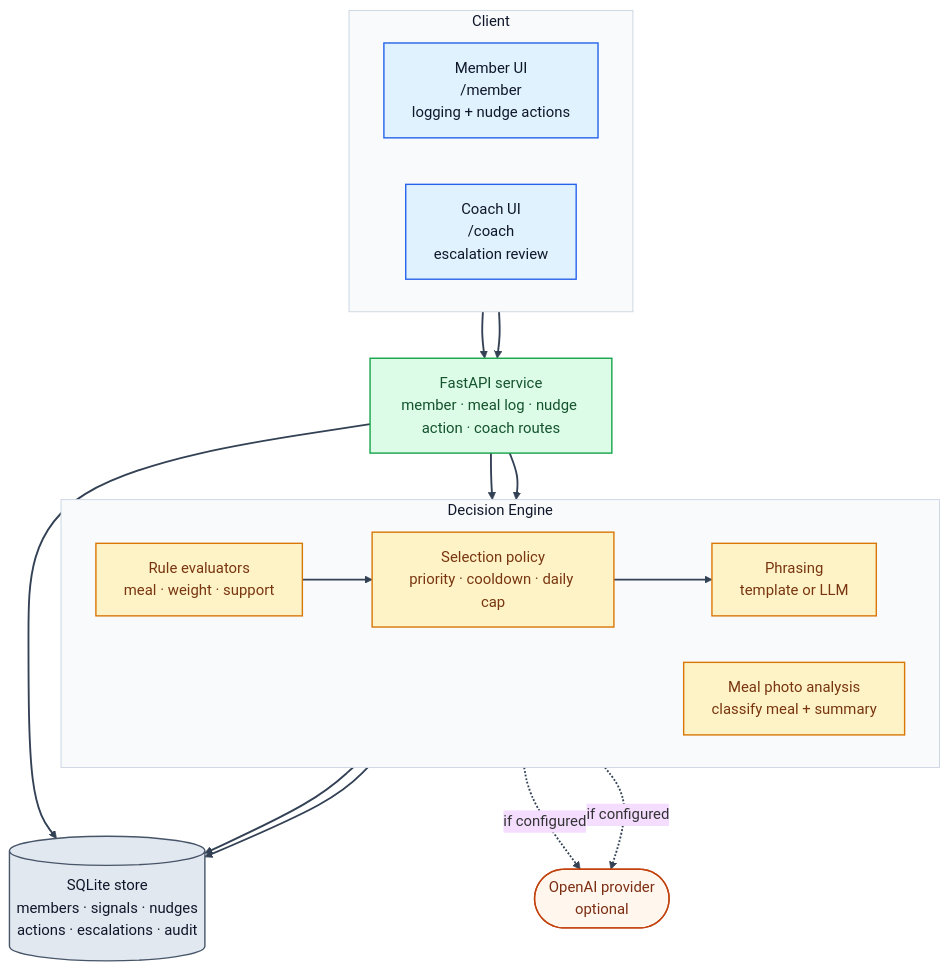
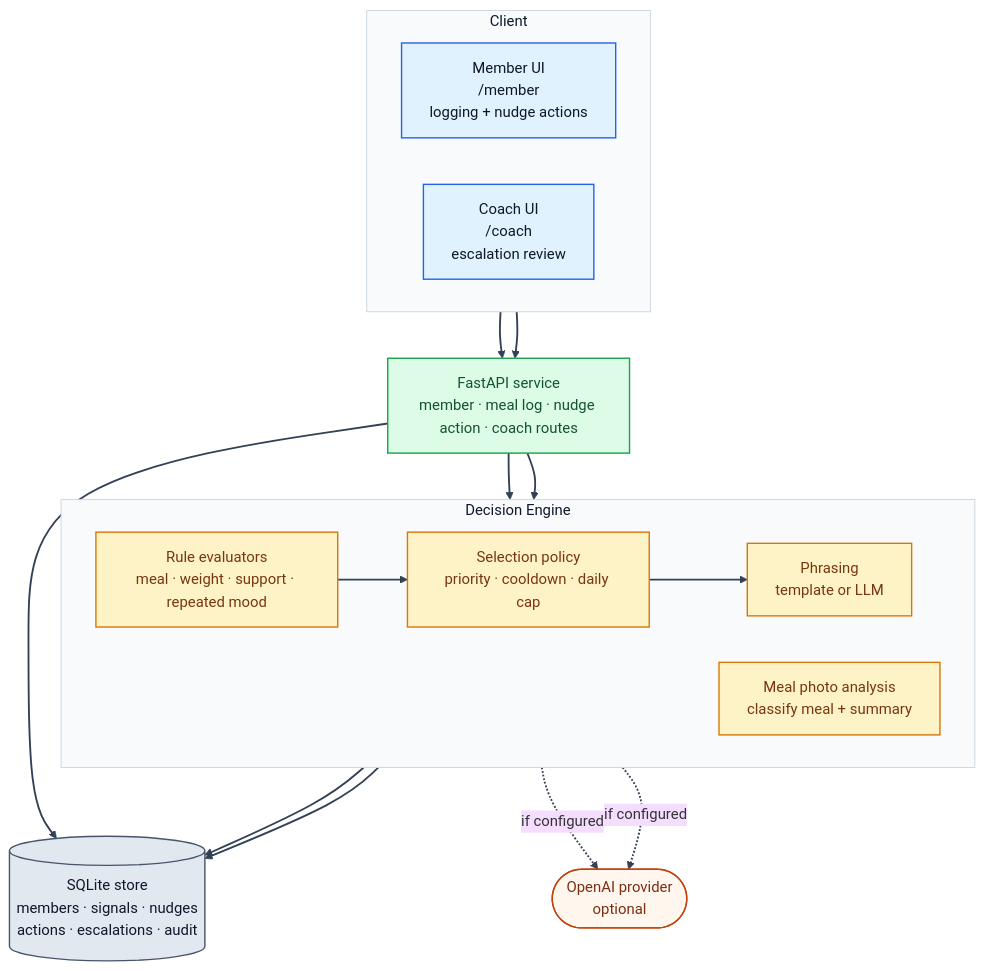
The diagram in README.md (teekamchandmandan/context-aware-health-nudge), drawn with Mermaid (base theme) before and after one commit. The commit also changed other lines of this file and 20 other files, not shown here.

Commit message:
feat: repeated low-mood nudge, confidence UX, and escalation path (#17)

````diff
--- a/README.md
+++ b/README.md
@@ -63,48 +69,48 @@
 ```mermaid
 flowchart TB
     subgraph Client["Client"]
         direction LR
         Mem["Member UI<br/>/member<br/>logging + nudge actions"]
         Cch["Coach UI<br/>/coach<br/>escalation review"]
     end
 
     API["FastAPI service<br/>member · meal log · nudge action · coach routes"]
 
     subgraph Engine["Decision Engine"]
         direction LR
-        EV["Rule evaluators<br/>meal · weight · support"]
+        EV["Rule evaluators<br/>meal · weight · support · repeated mood"]
         PO["Selection policy<br/>priority · cooldown · daily cap"]
         PH["Phrasing<br/>template or LLM"]
         MA["Meal photo analysis<br/>classify meal + summary"]
     end
 
     DB[(SQLite store<br/>members · signals · nudges<br/>actions · escalations · audit)]
     OAI(["OpenAI provider<br/>optional"])
 
     Mem --> API
     Cch --> API
     API --> EV
     API --> MA
     API --> DB
     EV --> PO --> PH
     PH --> DB
     MA --> DB
     PH -. "if configured" .-> OAI
     MA -. "if configured" .-> OAI
 
     classDef surface fill:#e0f2fe,stroke:#2563eb,color:#0f172a,stroke-width:1.5px;
     classDef api fill:#dcfce7,stroke:#16a34a,color:#14532d,stroke-width:1.5px;
     classDef runtime fill:#fef3c7,stroke:#d97706,color:#78350f,stroke-width:1.5px;
     classDef data fill:#e2e8f0,stroke:#475569,color:#0f172a,stroke-width:1.5px;
     classDef external fill:#fff7ed,stroke:#c2410c,color:#7c2d12,stroke-width:1.5px;
 
     class Mem,Cch surface;
     class API api;
     class EV,PO,PH,MA runtime;
     class DB data;
     class OAI external;
 
     style Client fill:#f8fafc,stroke:#cbd5e1,stroke-width:1px,color:#0f172a;
     style Engine fill:#f8fafc,stroke:#cbd5e1,stroke-width:1px,color:#0f172a;
     linkStyle default stroke:#334155,stroke-width:2px,fill:none;
 ```
````
